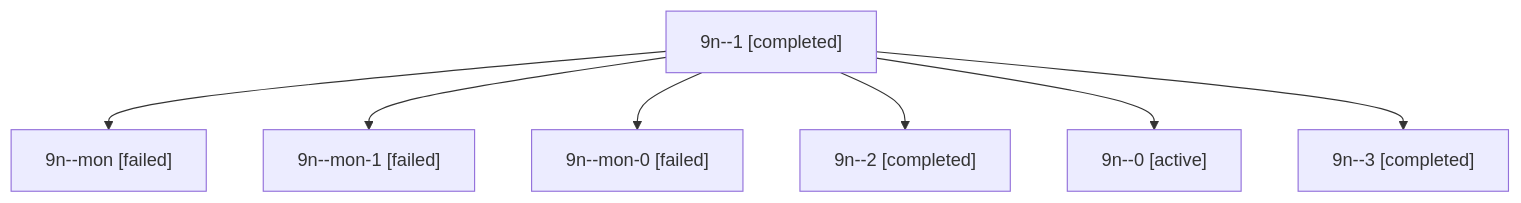
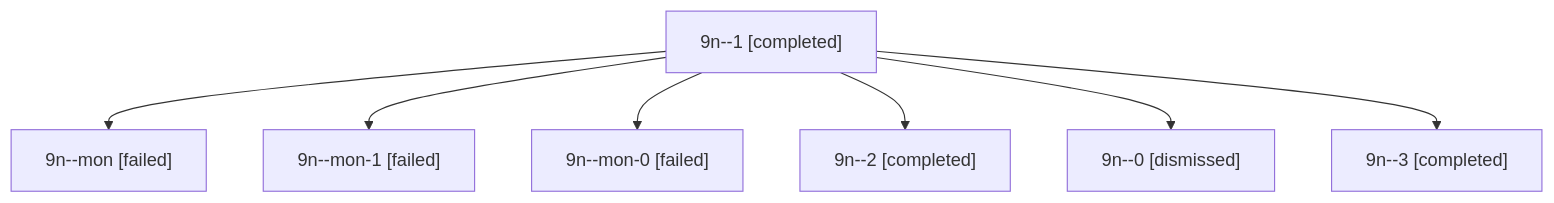
One commit to sase-org/sase--agents changed the diagram in sessions/bbugyi200.apollo.9n.md. Above: the diagram before and after it, drawn with Mermaid. The commit also changed other lines of this file and 12 other files, not shown here.

````diff
--- a/sessions/bbugyi200.apollo.9n.md
+++ b/sessions/bbugyi200.apollo.9n.md
@@ -9,16 +9,16 @@
 ```mermaid
 flowchart TD
   n0["9n--1 [completed]"]
   n1["9n--mon [failed]"]
   n0 --> n1
   n2["9n--mon-1 [failed]"]
   n0 --> n2
   n3["9n--mon-0 [failed]"]
   n0 --> n3
   n4["9n--2 [completed]"]
   n0 --> n4
-  n5["9n--0 [active]"]
+  n5["9n--0 [dismissed]"]
   n0 --> n5
   n6["9n--3 [completed]"]
   n0 --> n6
 ```
````
